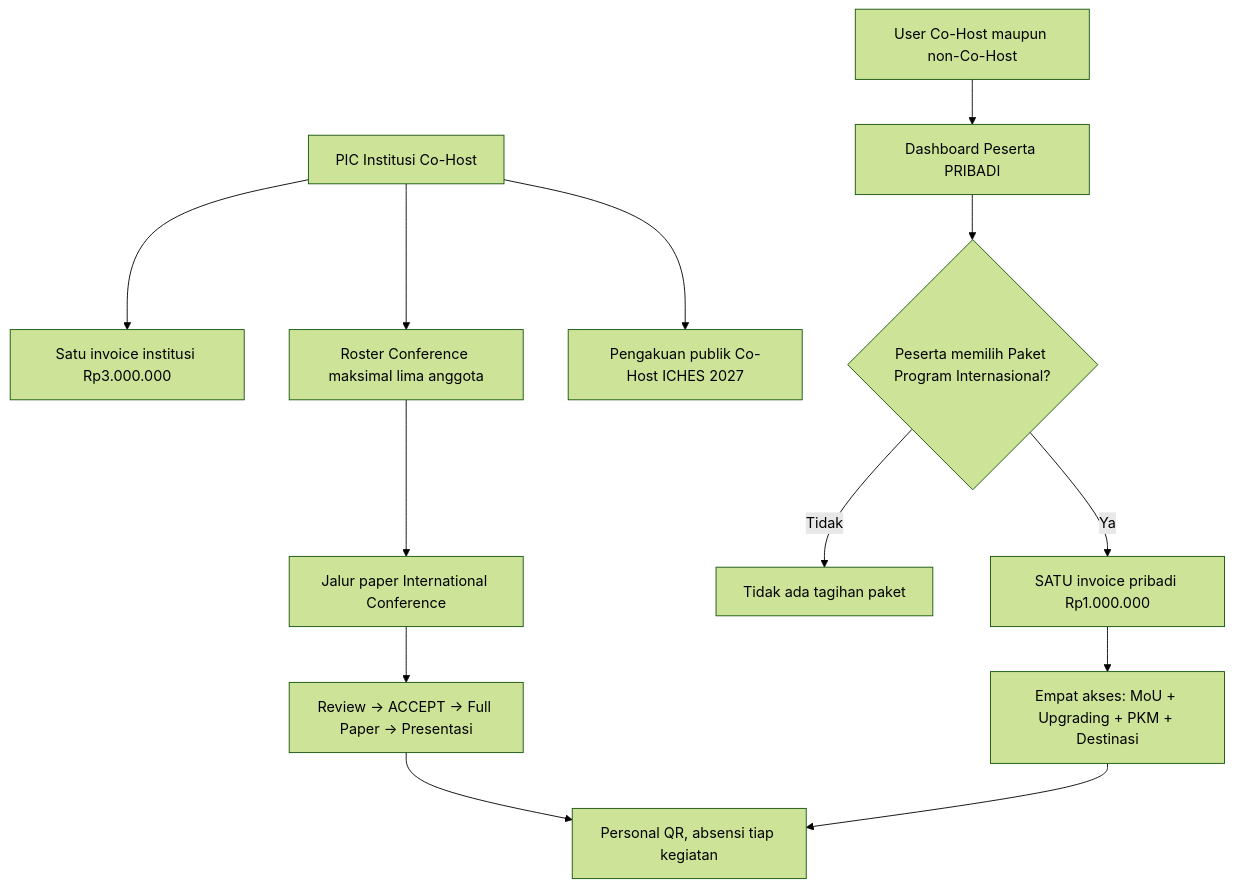
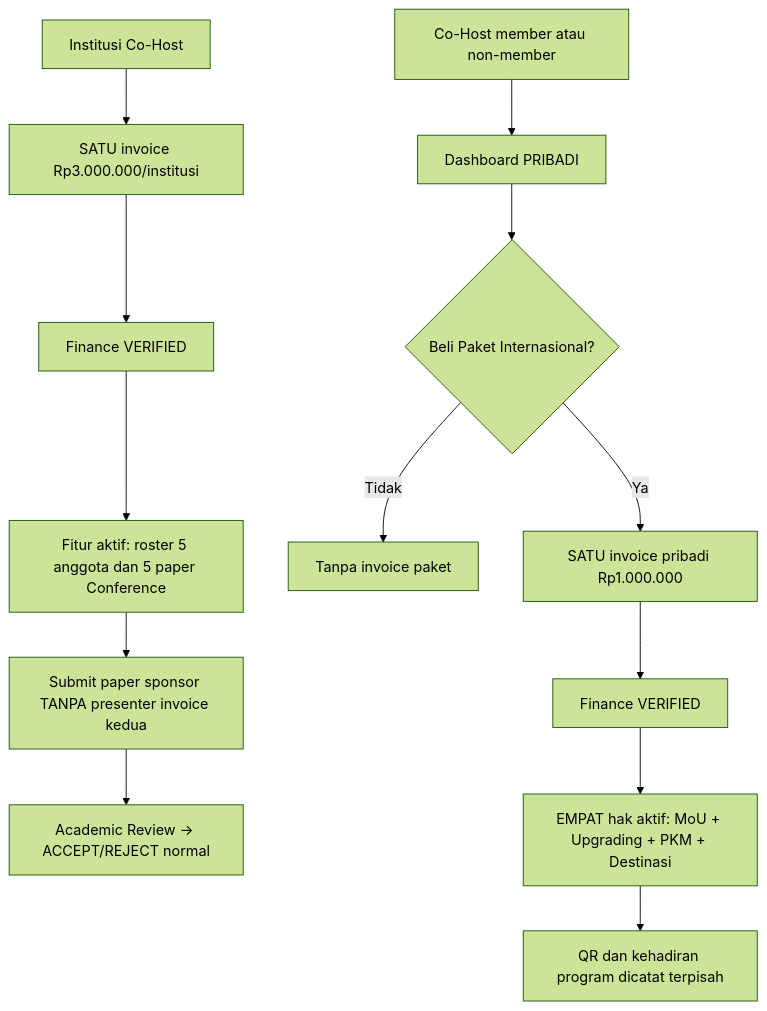
The first of 2 diagrams in docs/14-CAKUPAN-COHOST-DAN-PROGRAM-PENDAMPING.md (akhmadafnan/iches-unisya), drawn with Mermaid (forest theme) before and after one commit. The commit also changed other lines of this file and 6 other files, not shown here.

Commit message:
docs: make Co-Host and package Mermaid flows require Finance VERIFIED

````diff
--- a/docs/14-CAKUPAN-COHOST-DAN-PROGRAM-PENDAMPING.md
+++ b/docs/14-CAKUPAN-COHOST-DAN-PROGRAM-PENDAMPING.md
@@ -28,15 +30,15 @@
 ```mermaid
 flowchart TD
-  I["PIC Institusi Co-Host"] --> A["Satu invoice institusi Rp3.000.000"]
-  I --> R["Roster Conference maksimal lima anggota"]
-  I --> BR["Pengakuan publik Co-Host ICHES 2027"]
-  R --> P["Jalur paper International Conference"]
-  U["User Co-Host maupun non-Co-Host"] --> X["Dashboard Peserta PRIBADI"]
-  X --> Y{"Peserta memilih Paket Program Internasional?"}
-  Y -->|Tidak| N["Tidak ada tagihan paket"]
-  Y -->|Ya| B["SATU invoice pribadi Rp1.000.000"]
-  B --> E["Empat akses: MoU + Upgrading + PKM + Destinasi"]
-  P --> RV["Review → ACCEPT → Full Paper → Presentasi"]
-  E --> QR["Personal QR, absensi tiap kegiatan"]
-  RV --> QR
+ I["Institusi Co-Host"] --> A["SATU invoice Rp3.000.000/institusi"]
+ A --> FV["Finance VERIFIED"]
+ FV --> R["Fitur aktif: roster 5 anggota dan 5 paper Conference"]
+ R --> P["Submit paper sponsor TANPA presenter invoice kedua"]
+ P --> RV["Academic Review → ACCEPT/REJECT normal"]
+ U["Co-Host member atau non-member"] --> X["Dashboard PRIBADI"]
+ X --> Y{"Beli Paket Internasional?"}
+ Y -->|Tidak| N["Tanpa invoice paket"]
+ Y -->|Ya| B["SATU invoice pribadi Rp1.000.000"]
+ B --> VF["Finance VERIFIED"]
+ VF --> E["EMPAT hak aktif: MoU + Upgrading + PKM + Destinasi"]
+ E --> Q["QR dan kehadiran program dicatat terpisah"]
 ```
````
